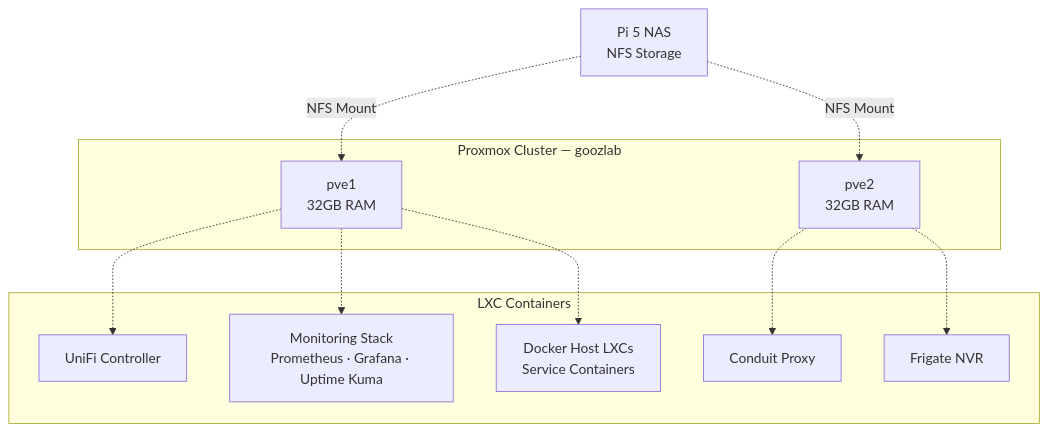
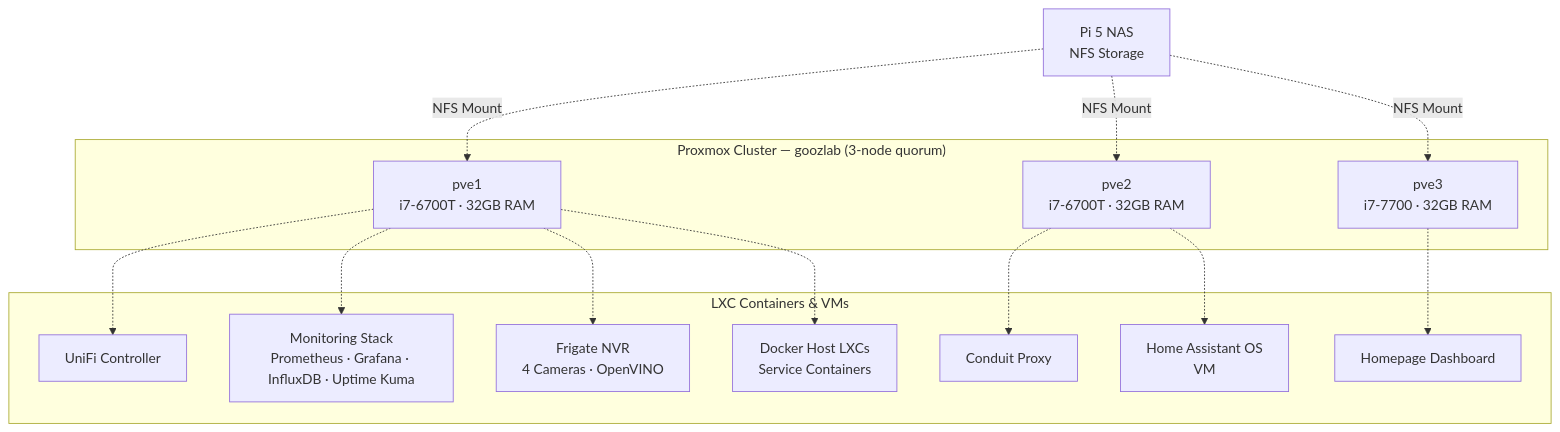
Before and after one commit to sohrabros/homelab: the diagram in docs/setup/proxmox.md, drawn with Mermaid. The commit also changed other lines of this file and 2 other files, not shown here.

Commit message:
docs: update README, Proxmox (3-node), Frigate (v0.16.4 operational)

````diff
--- a/docs/setup/proxmox.md
+++ b/docs/setup/proxmox.md
@@ -17,25 +30,31 @@
 ```mermaid
 graph TB
-    subgraph CLUSTER["Proxmox Cluster — goozlab"]
-        PVE1["pve1<br/>32GB RAM"]
-        PVE2["pve2<br/>32GB RAM"]
+    subgraph CLUSTER["Proxmox Cluster — goozlab (3-node quorum)"]
+        PVE1["pve1<br/>i7-6700T · 32GB RAM"]
+        PVE2["pve2<br/>i7-6700T · 32GB RAM"]
+        PVE3["pve3<br/>i7-7700 · 32GB RAM"]
     end
 
-    subgraph LXCs["LXC Containers"]
+    subgraph LXCs["LXC Containers & VMs"]
         UNIFI["UniFi Controller"]
-        MON["Monitoring Stack<br/>Prometheus · Grafana · Uptime Kuma"]
+        MON["Monitoring Stack<br/>Prometheus · Grafana · InfluxDB · Uptime Kuma"]
         DOCKER["Docker Host LXCs<br/>Service Containers"]
         CONDUIT["Conduit Proxy"]
-        FRIGATE["Frigate NVR"]
+        FRIGATE["Frigate NVR<br/>4 Cameras · OpenVINO"]
+        HA["Home Assistant OS<br/>VM"]
+        HOMEPAGE["Homepage Dashboard"]
     end
 
     PVE1 -.-> UNIFI
     PVE1 -.-> MON
+    PVE1 -.-> FRIGATE
     PVE1 -.-> DOCKER
     PVE2 -.-> CONDUIT
-    PVE2 -.-> FRIGATE
+    PVE2 -.-> HA
+    PVE3 -.-> HOMEPAGE
 
     NAS["Pi 5 NAS<br/>NFS Storage"]
     NAS -.->|"NFS Mount"| PVE1
     NAS -.->|"NFS Mount"| PVE2
+    NAS -.->|"NFS Mount"| PVE3
 ```
````
